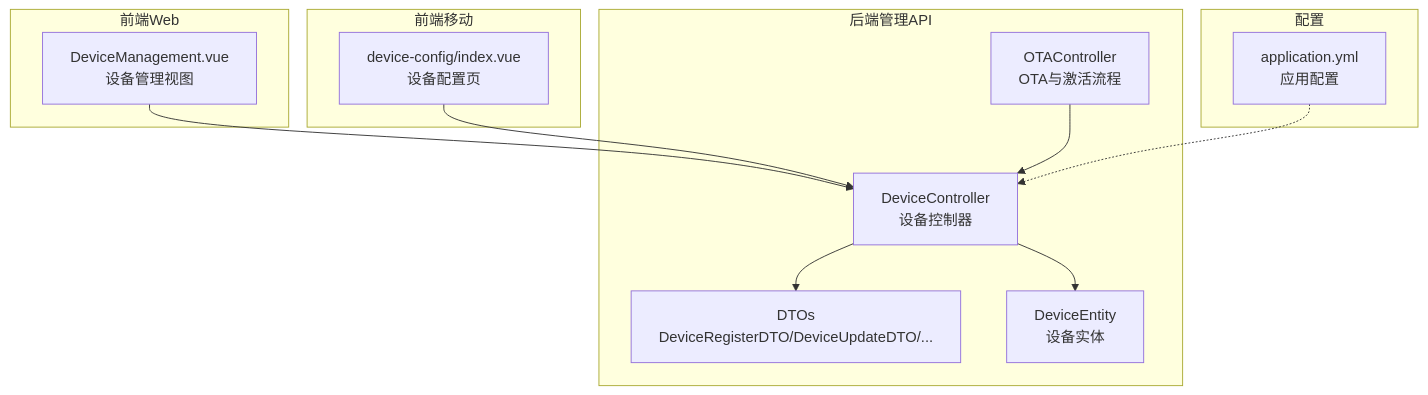
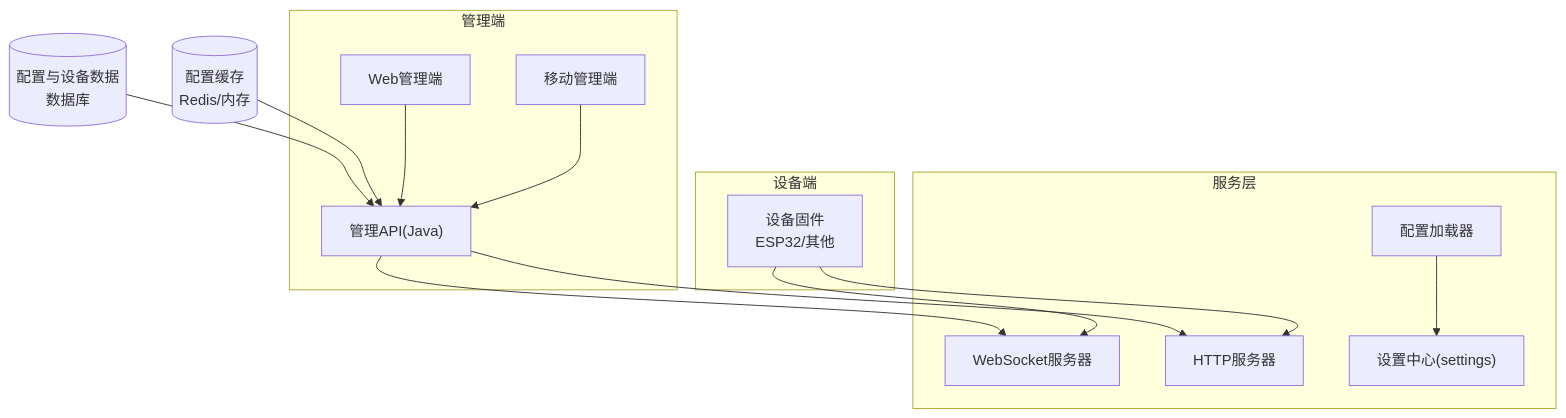
Before and after one commit to haixinke/xiaozhi-esp32-server: the first of 7 diagrams in .qoder/repowiki/zh/content/设备管理/设备配置管理.md, drawn with Mermaid. The commit also changed other lines of this file and 557 other files, not shown here.

````diff
--- a/.qoder/repowiki/zh/content/设备管理/设备配置管理.md
+++ b/.qoder/repowiki/zh/content/设备管理/设备配置管理.md
@@ -41,24 +42,26 @@
 ```mermaid
 graph TB
-subgraph "后端管理API"
-DC["DeviceController<br/>设备控制器"]
-DTOs["DTOs<br/>DeviceRegisterDTO/DeviceUpdateDTO/..."]
-Entity["DeviceEntity<br/>设备实体"]
-OTA["OTAController<br/>OTA与激活流程"]
+subgraph "设备端"
+DEV["设备固件<br/>ESP32/其他"]
 end
-subgraph "前端Web"
-VW["DeviceManagement.vue<br/>设备管理视图"]
+subgraph "服务层"
+WS["WebSocket服务器"]
+HTTP["HTTP服务器"]
+CFG["配置加载器"]
+SET["设置中心(settings)"]
 end
-subgraph "前端移动"
-CFG["device-config/index.vue<br/>设备配置页"]
+subgraph "管理端"
+WEB["Web管理端"]
+MOBILE["移动管理端"]
+API["管理API(Java)"]
 end
-subgraph "配置"
-APP["application.yml<br/>应用配置"]
-end
-VW --> DC
-CFG --> DC
-DC --> DTOs
-DC --> Entity
-OTA --> DC
-APP -.-> DC
+DB[("配置与设备数据<br/>数据库")] --> API
+CACHE[("配置缓存<br/>Redis/内存")] --> API
+API --> HTTP
+API --> WS
+WEB --> API
+MOBILE --> API
+DEV --> WS
+DEV --> HTTP
+CFG --> SET
 ```
````
